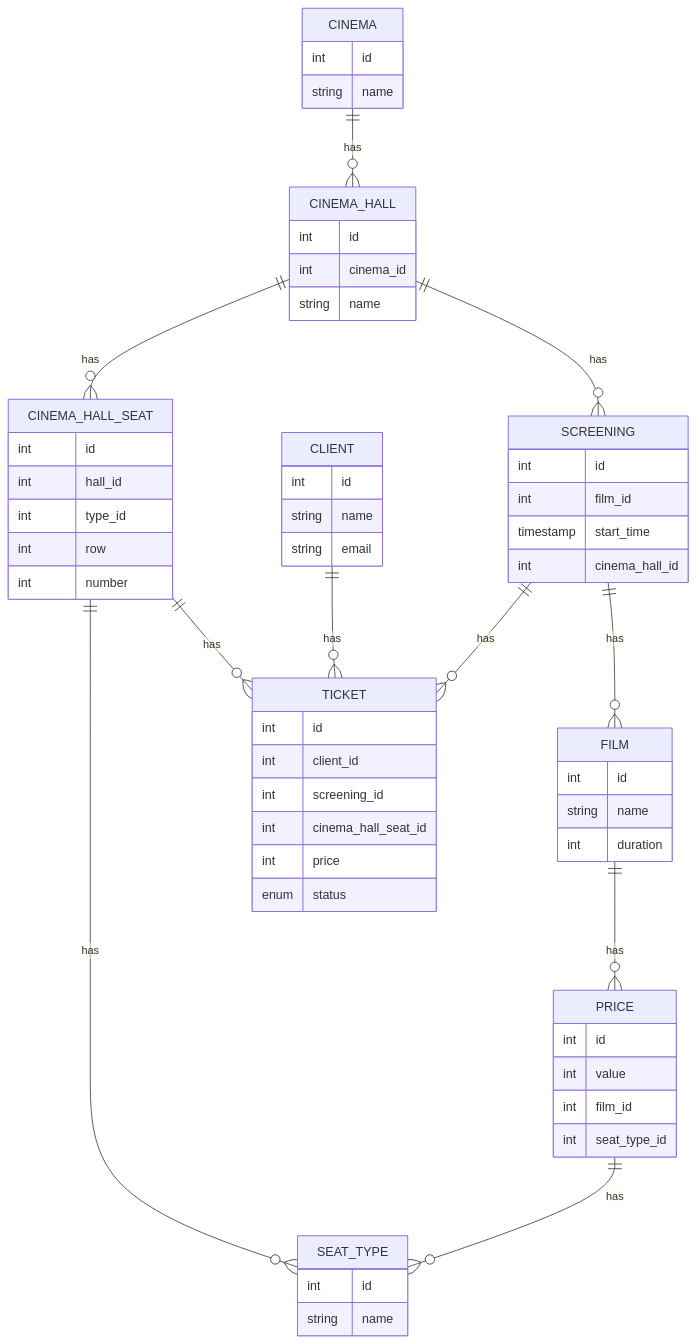
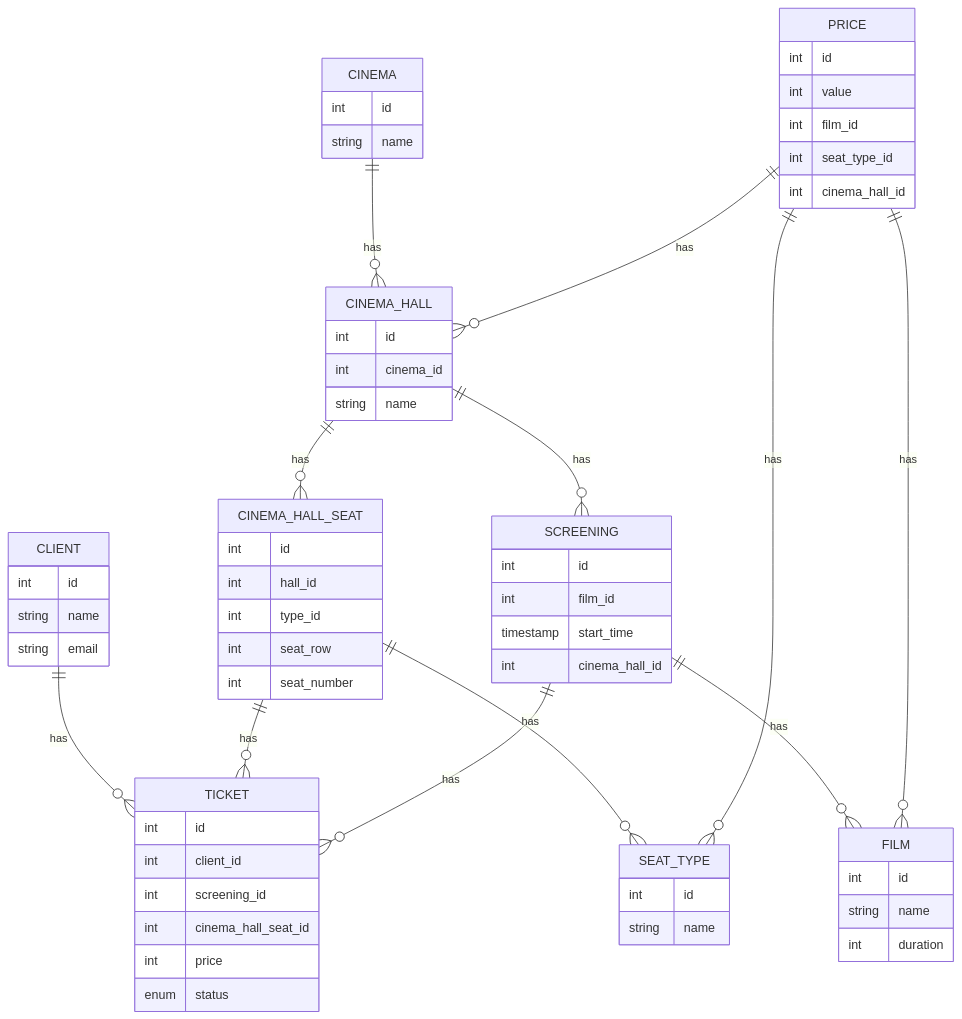
The diagram in ER_MODEL.md (otusteamedu/PHP_2026), drawn with Mermaid before and after one commit. The commit also changed 1 other file, not shown here.

Commit message:
changed columns names for seats and added cinema_hall_id to prices

````diff
--- a/ER_MODEL.md
+++ b/ER_MODEL.md
@@ -1,63 +1,71 @@
 ```mermaid
 erDiagram
     CINEMA {
         int id
         string name
     }
     CINEMA_HALL {
         int id
         int cinema_id
         string name
     }
     SEAT_TYPE {
         int id
         string name
     }
     CINEMA_HALL_SEAT {
         int id
         int hall_id
         int type_id
-        int row
-        int number
+        int seat_row
+        int seat_number
     }
     FILM {
         int id
         string name
         int duration
     }
     SCREENING {
         int id
         int film_id
         timestamp start_time
         int cinema_hall_id
     }
     CLIENT {
         int id
         string name
         string email
     }
     TICKET {
         int id
         int client_id
         int screening_id
         int cinema_hall_seat_id
         int price
         enum status
     }
     PRICE {
         int id
         int value
         int film_id
         int seat_type_id
+        int cinema_hall_id
     }
+
+    CLIENT ||--o{ TICKET : has
+
     CINEMA ||--o{ CINEMA_HALL : has
+
     CINEMA_HALL ||--o{ CINEMA_HALL_SEAT : has
+    CINEMA_HALL ||--o{ SCREENING : has
+
+    CINEMA_HALL_SEAT ||--o{ TICKET : has
     CINEMA_HALL_SEAT ||--o{ SEAT_TYPE : has
+
+    SCREENING ||--o{ TICKET : has
+    SCREENING ||--o{ FILM : has
+
+    PRICE ||--o{ FILM : has
+    PRICE ||--o{ CINEMA_HALL : has
     PRICE ||--o{ SEAT_TYPE : has
-    CINEMA_HALL ||--o{ SCREENING : has
-    CINEMA_HALL_SEAT ||--o{ TICKET : has
-    SCREENING ||--o{ FILM : has
-    FILM ||--o{ PRICE : has
-    CLIENT ||--o{ TICKET : has
-    SCREENING ||--o{ TICKET : has
 ```
````
